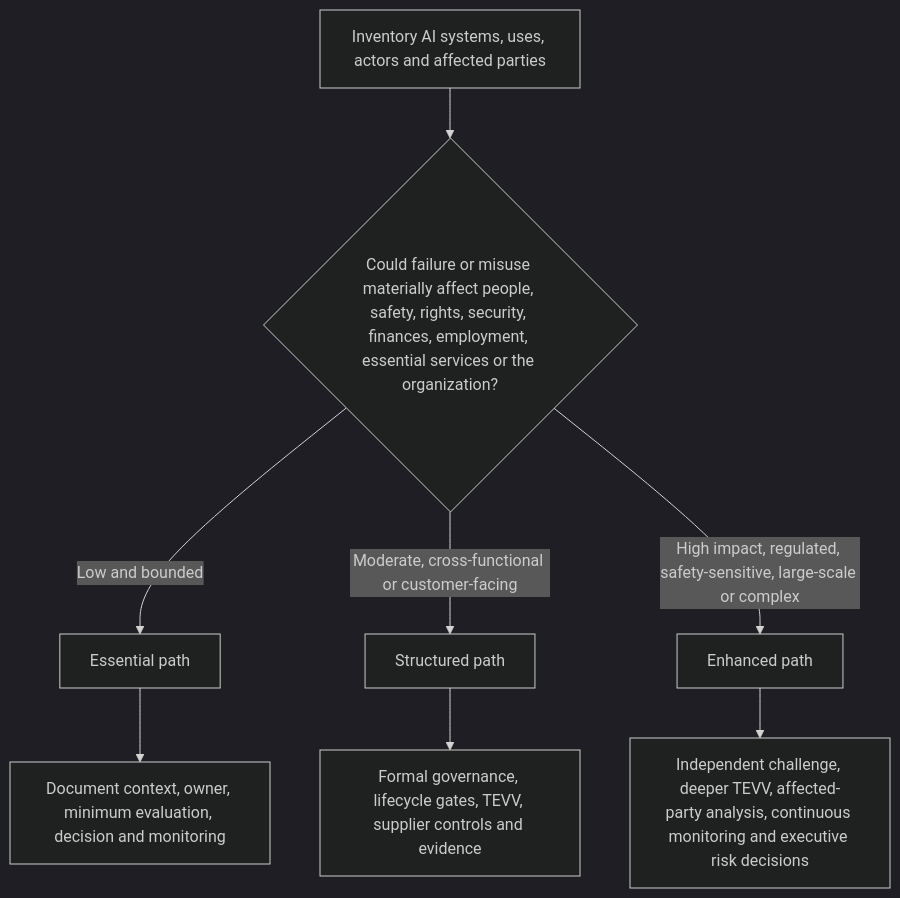
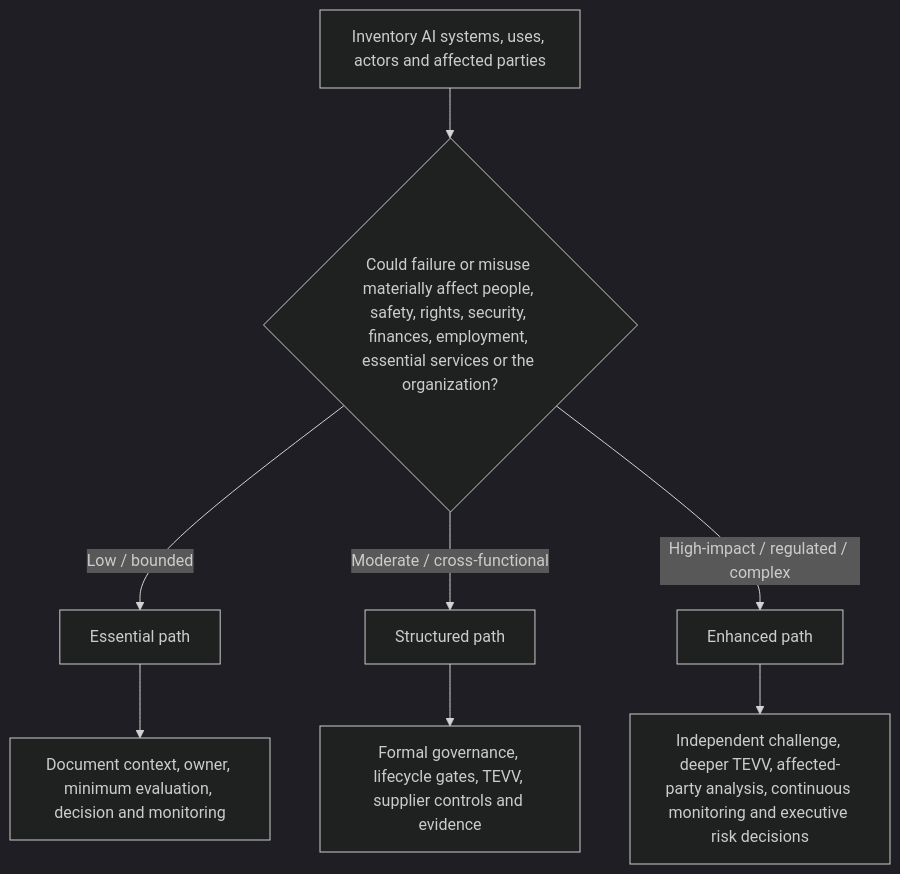
The first of 3 diagrams in 01-foundations/NIST_AI_RMF_1.0/MANUAL_03_IMPLEMENTATION_PATHS.md (Chpmunk31456/GRC-Practical-Manuals), drawn with Mermaid (dark theme) before and after one commit.

Commit message:
Fix Manual 03 Figure 1 route-label overlap

````diff
--- a/01-foundations/NIST_AI_RMF_1.0/MANUAL_03_IMPLEMENTATION_PATHS.md
+++ b/01-foundations/NIST_AI_RMF_1.0/MANUAL_03_IMPLEMENTATION_PATHS.md
@@ -11,10 +11,10 @@
 ```mermaid
 flowchart TD
     A["Inventory AI systems, uses, actors and affected parties"] --> B{"Could failure or misuse materially affect people, safety, rights, security, finances, employment, essential services or the organization?"}
-    B -->|"Low and bounded"| C["Essential path"]
-    B -->|"Moderate, cross-functional or customer-facing"| D["Structured path"]
-    B -->|"High impact, regulated, safety-sensitive, large-scale or complex"| E["Enhanced path"]
+    B -->|"Low / bounded"| C["Essential path"]
+    B -->|"Moderate / cross-functional"| D["Structured path"]
+    B -->|"High-impact / regulated / complex"| E["Enhanced path"]
     C --> F["Document context, owner, minimum evaluation, decision and monitoring"]
     D --> G["Formal governance, lifecycle gates, TEVV, supplier controls and evidence"]
     E --> H["Independent challenge, deeper TEVV, affected-party analysis, continuous monitoring and executive risk decisions"]
 ```
````
